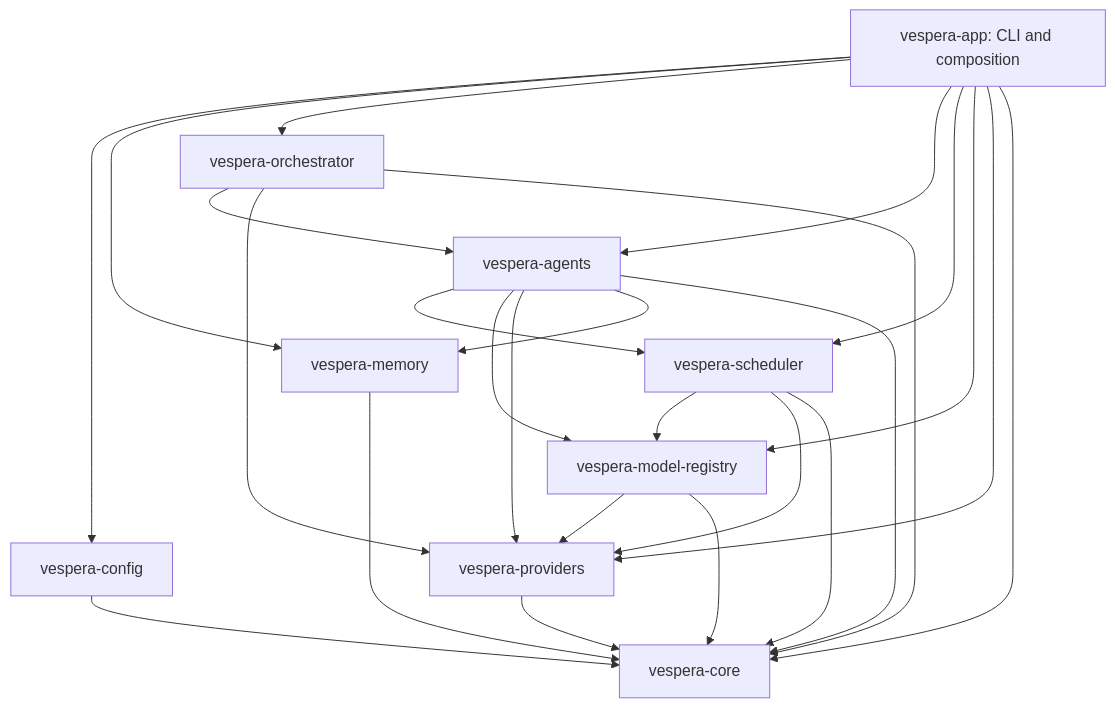
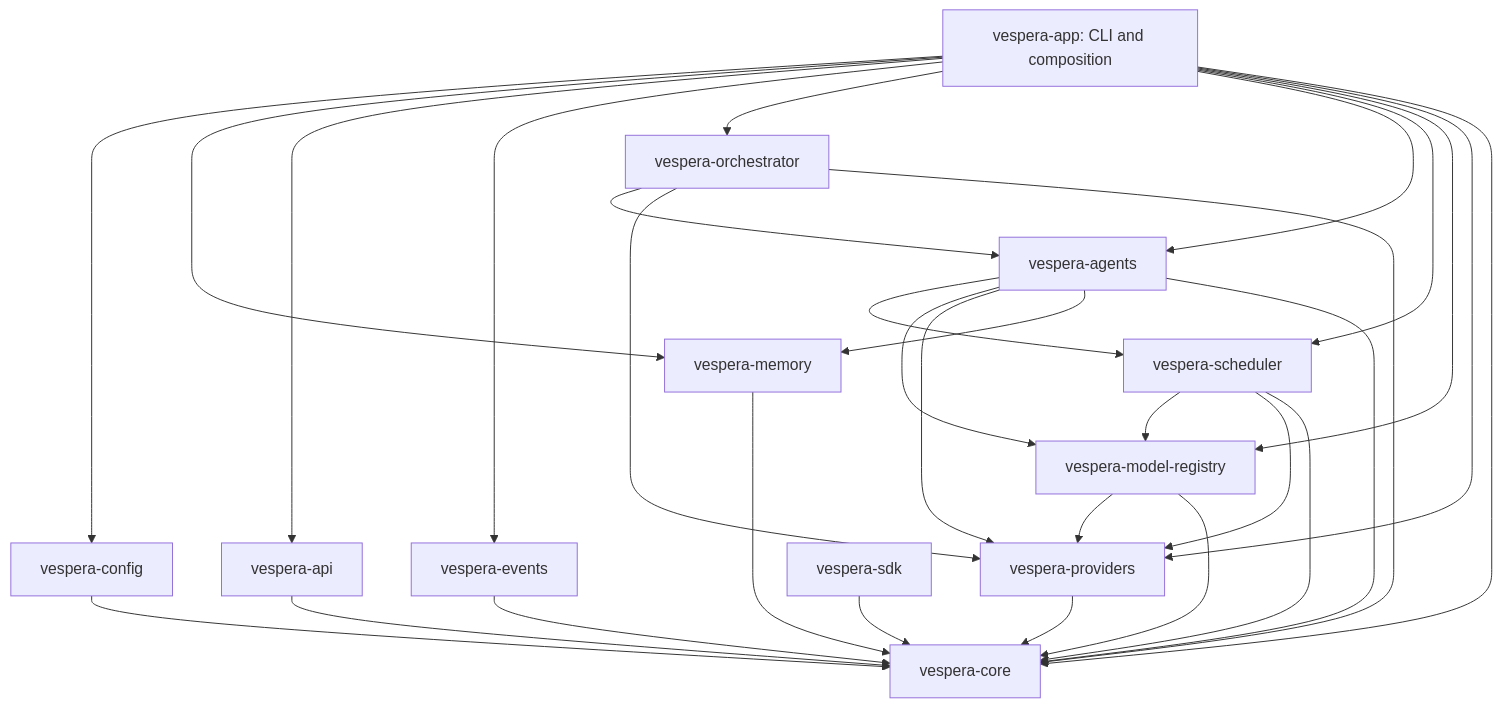
One commit to ShamelesAbyss/Vespera changed the diagram in docs/ARCHITECTURE.md. Above: the diagram before and after it, drawn with Mermaid. The commit also changed other lines of this file and 13 other files, not shown here.

Commit message:
feat: add typed Rust SDK for the signed worker API

````diff
--- a/docs/ARCHITECTURE.md
+++ b/docs/ARCHITECTURE.md
@@ -14,27 +15,32 @@
 ```mermaid
 flowchart TD
     App[vespera-app: CLI and composition] --> Config[vespera-config]
     App --> Memory
+    App --> API[vespera-api]
+    App --> Events[vespera-events]
     App --> Orchestrator
     App --> Agents[vespera-agents]
     App --> Scheduler[vespera-scheduler]
     App --> Registry[vespera-model-registry]
     App --> Providers[vespera-providers]
     App --> Core[vespera-core]
+    API --> Core
+    Events --> Core
+    SDK[vespera-sdk] --> Core
     Orchestrator[vespera-orchestrator] --> Agents
     Orchestrator --> Providers
     Orchestrator --> Core
     Config --> Core
     Agents --> Scheduler
     Agents --> Registry
     Agents --> Providers
     Agents --> Memory[vespera-memory]
     Memory --> Core
     Agents --> Core
     Scheduler --> Registry
     Scheduler --> Providers
     Scheduler --> Core
     Registry --> Providers
     Registry --> Core
     Providers --> Core
 ```
````
